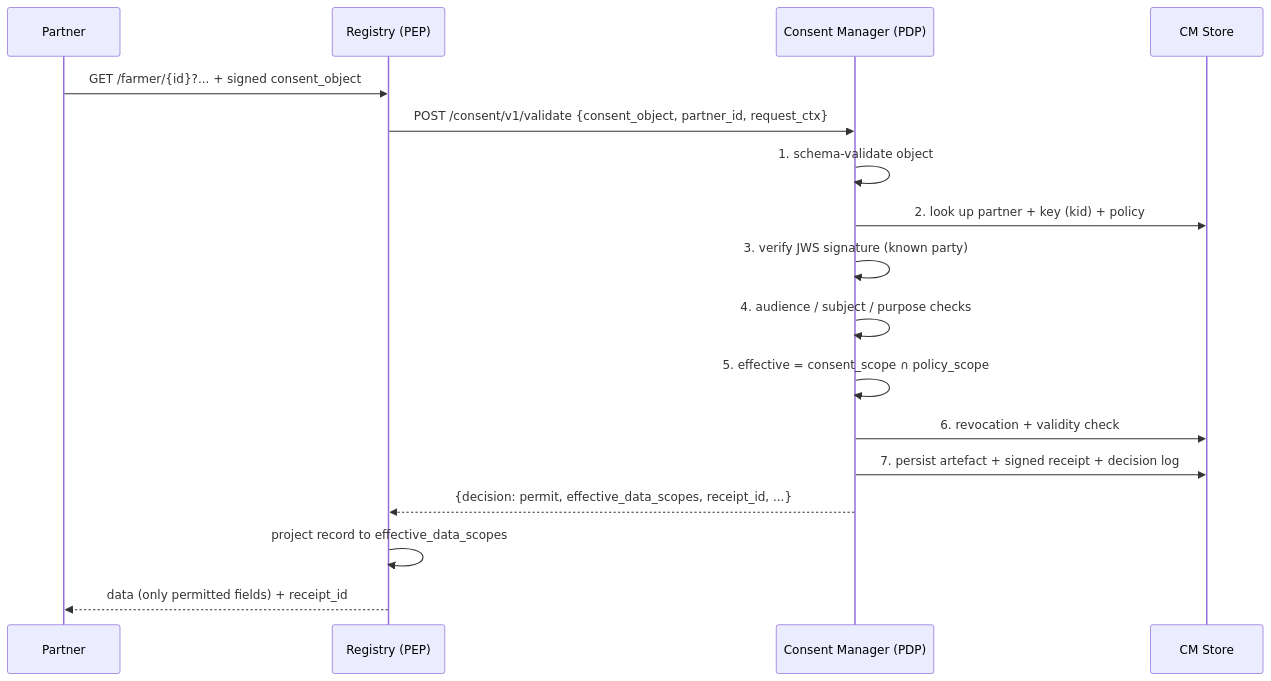
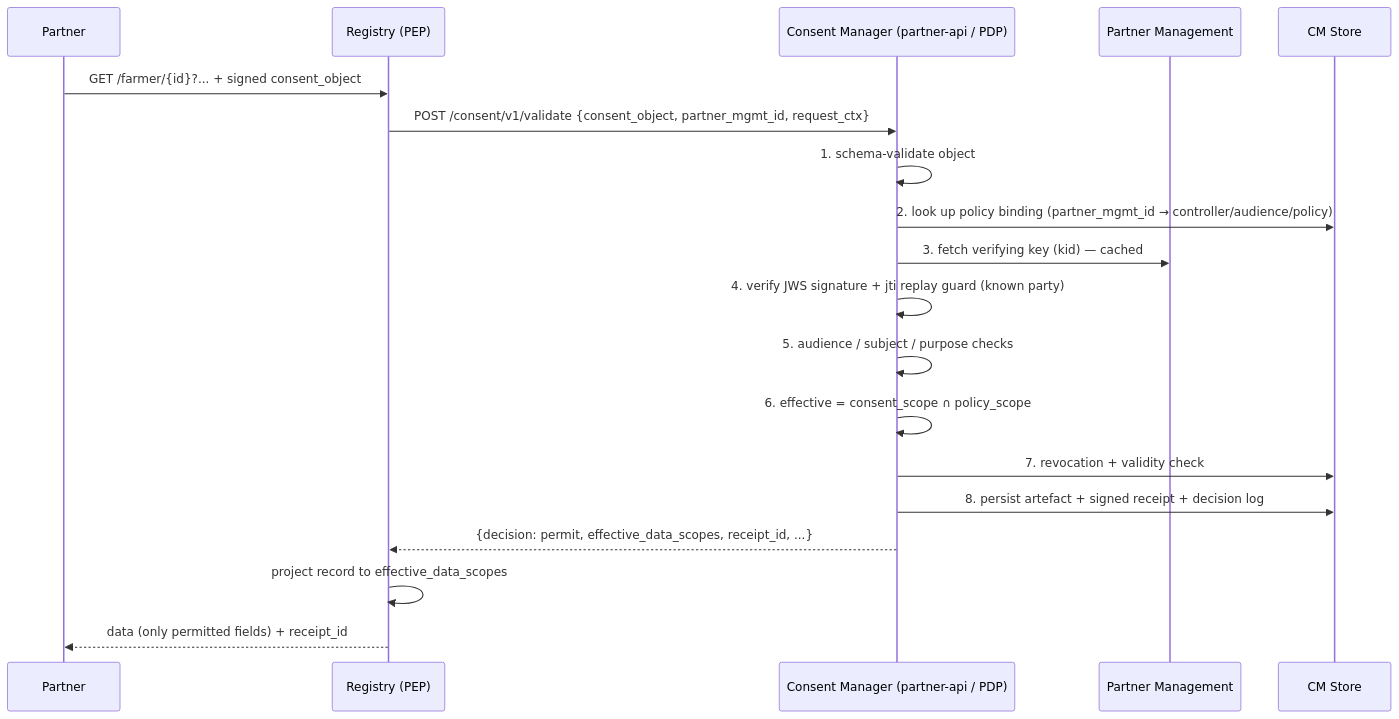
Before and after one commit to OpenG2P/openg2p-documentation: the second of 4 diagrams in consent-management/design/architecture.md, drawn with Mermaid. The commit also changed other lines of this file and 14 other files, not shown here.

````diff
--- a/consent-management/design/architecture.md
+++ b/consent-management/design/architecture.md
@@ -63,20 +100,22 @@
 ```mermaid
 sequenceDiagram
   participant P as Partner
   participant R as Registry (PEP)
-  participant CM as Consent Manager (PDP)
+  participant CM as Consent Manager (partner-api / PDP)
+  participant PM as Partner Management
   participant DB as CM Store
 
   P->>R: GET /farmer/{id}?... + signed consent_object
-  R->>CM: POST /consent/v1/validate {consent_object, partner_id, request_ctx}
+  R->>CM: POST /consent/v1/validate {consent_object, partner_mgmt_id, request_ctx}
   CM->>CM: 1. schema-validate object
-  CM->>DB: 2. look up partner + key (kid) + policy
-  CM->>CM: 3. verify JWS signature (known party)
-  CM->>CM: 4. audience / subject / purpose checks
-  CM->>CM: 5. effective = consent_scope ∩ policy_scope
-  CM->>DB: 6. revocation + validity check
-  CM->>DB: 7. persist artefact + signed receipt + decision log
+  CM->>DB: 2. look up policy binding (partner_mgmt_id → controller/audience/policy)
+  CM->>PM: 3. fetch verifying key (kid) — cached
+  CM->>CM: 4. verify JWS signature + jti replay guard (known party)
+  CM->>CM: 5. audience / subject / purpose checks
+  CM->>CM: 6. effective = consent_scope ∩ policy_scope
+  CM->>DB: 7. revocation + validity check
+  CM->>DB: 8. persist artefact + signed receipt + decision log
   CM-->>R: {decision: permit, effective_data_scopes, receipt_id, ...}
   R->>R: project record to effective_data_scopes
   R-->>P: data (only permitted fields) + receipt_id
 ```
````
